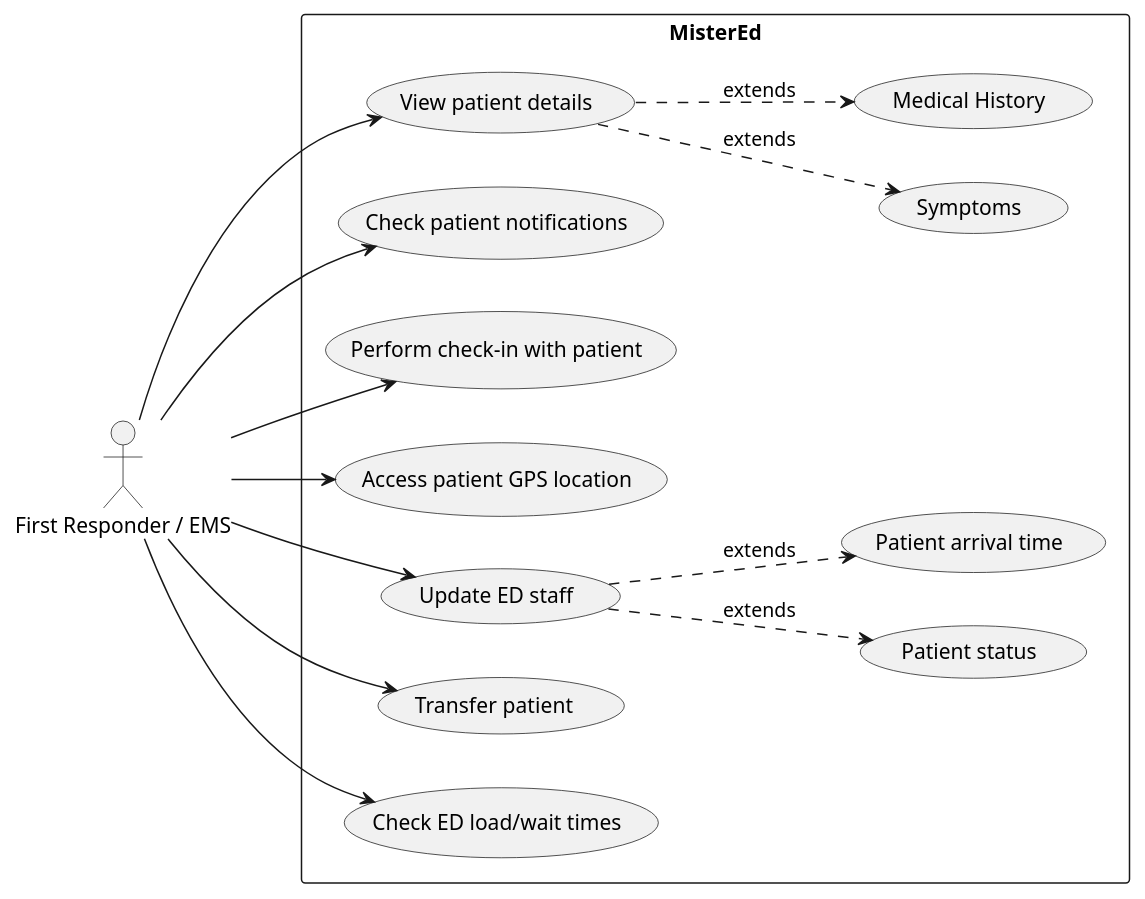
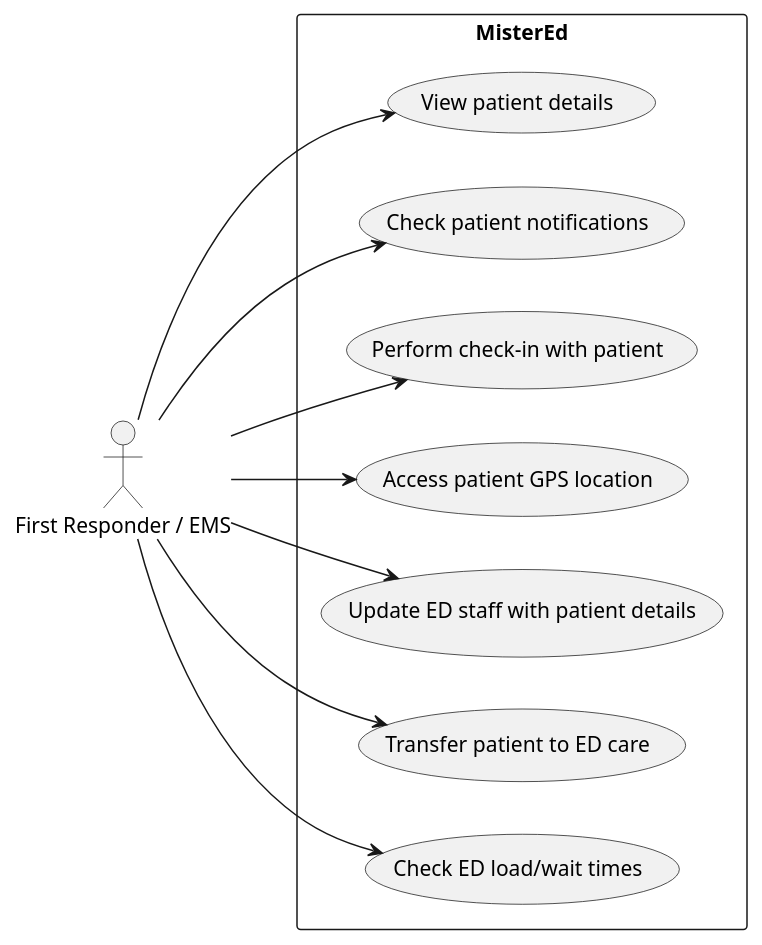
The diagram in Milestone 1/FirstResponderUseCases.puml (SENG-350-2024-fall/Team-1), drawn with PlantUML before and after one commit. The commit also changed 1 other file, not shown here.

```diff
--- a/Milestone 1/FirstResponderUseCases.puml
+++ b/Milestone 1/FirstResponderUseCases.puml
@@ -1,33 +1,25 @@
 @startuml
 
 left to right direction
 
 actor "First Responder / EMS" as fr
 
 rectangle MisterEd { 
   usecase "View patient details" as UC1
-  usecase "Symptoms" as UC2
-  usecase "Medical History" as UC3
-  usecase "Check patient notifications" as UC4
-  usecase "Perform check-in with patient" as UC5
-  usecase "Access patient GPS location" as UC6
-  usecase "Update ED staff" as UC7
-  usecase "Patient status" as UC8
-  usecase "Patient arrival time" as UC9
-  usecase "Transfer patient " as UC10
-  usecase "Check ED load/wait times" as UC11
+  usecase "Check patient notifications" as UC2
+  usecase "Perform check-in with patient" as UC3
+  usecase "Access patient GPS location" as UC4
+  usecase "Update ED staff with patient details" as UC5
+  usecase "Transfer patient to ED care" as UC6
+  usecase "Check ED load/wait times" as UC7
 }
 
 fr --> UC1
-UC1 ..> UC2: extends
-UC1 ..> UC3: extends
+fr --> UC2
+fr --> UC3
 fr --> UC4
 fr --> UC5
 fr --> UC6
 fr --> UC7
-UC7 ..> UC8: extends
-UC7 ..> UC9: extends
-fr --> UC10
-fr --> UC11
 
 @enduml
```
